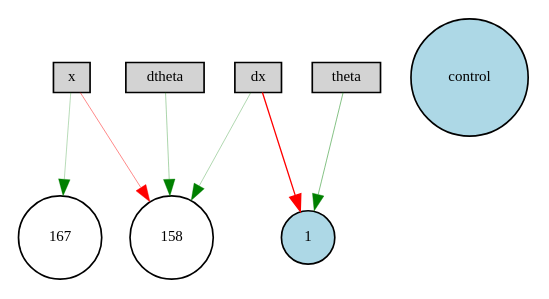
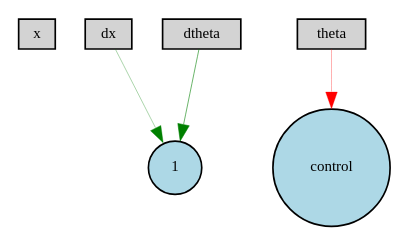
One commit to Ezte27/Python_Games changed the diagram in 2D_Physics_Simulation/NEAT_Sim/neat-tutorial/winner-feedforward.gv. Above: the diagram before and after it, drawn with Graphviz. The commit also changed 5 other files, not shown here.

```diff
--- a/2D_Physics_Simulation/NEAT_Sim/neat-tutorial/winner-feedforward.gv
+++ b/2D_Physics_Simulation/NEAT_Sim/neat-tutorial/winner-feedforward.gv
@@ -1,17 +1,12 @@
 digraph {
 	node [fontsize=9 height=0.2 shape=circle width=0.2]
 	x [fillcolor=lightgray shape=box style=filled]
 	dx [fillcolor=lightgray shape=box style=filled]
 	theta [fillcolor=lightgray shape=box style=filled]
 	dtheta [fillcolor=lightgray shape=box style=filled]
 	control [fillcolor=lightblue style=filled]
 	1 [fillcolor=lightblue style=filled]
-	158 [fillcolor=white style=filled]
-	167 [fillcolor=white style=filled]
-	dx -> 158 [color=green penwidth=0.1920193013580564 style=solid]
-	x -> 158 [color=red penwidth=0.2812898822603749 style=solid]
-	theta -> 1 [color=green penwidth=0.2898466625219882 style=solid]
-	dtheta -> 158 [color=green penwidth=0.19861403298990016 style=solid]
-	dx -> 1 [color=red penwidth=0.7879113935261011 style=solid]
-	x -> 167 [color=green penwidth=0.1677311614183138 style=solid]
+	theta -> control [color=red penwidth=0.19028577143603295 style=solid]
+	dtheta -> 1 [color=green penwidth=0.34564456816952005 style=solid]
+	dx -> 1 [color=green penwidth=0.20449899986657466 style=solid]
 }
```
